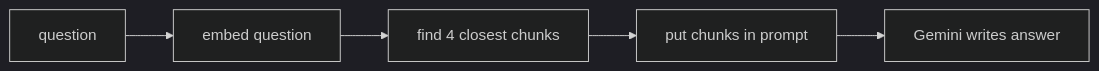
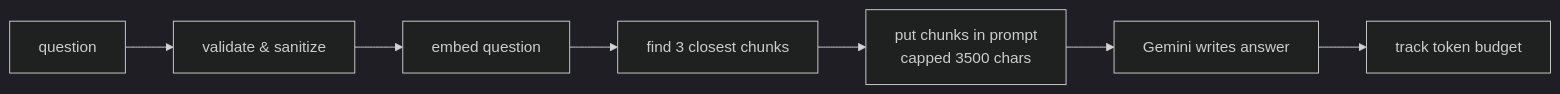
Before and after one commit to AbdullahYousaf-13/Hybrid-Vector-Graph-Rag: the second of 3 diagrams in docs/Flow.md, drawn with Mermaid (dark theme). The commit also changed other lines of this file and 2 other files, not shown here.

````diff
--- a/docs/Flow.md
+++ b/docs/Flow.md
@@ -55,7 +55,9 @@
 ```mermaid
 flowchart LR
-    Q[question] --> E[embed question]
-    E --> S[find 4 closest chunks]
-    S --> P[put chunks in prompt]
+    Q[question] --> V[validate & sanitize]
+    V --> E[embed question]
+    E --> S[find 3 closest chunks]
+    S --> P[put chunks in prompt<br/>capped 3500 chars]
     P --> L[Gemini writes answer]
+    L --> B[track token budget]
 ```
````
